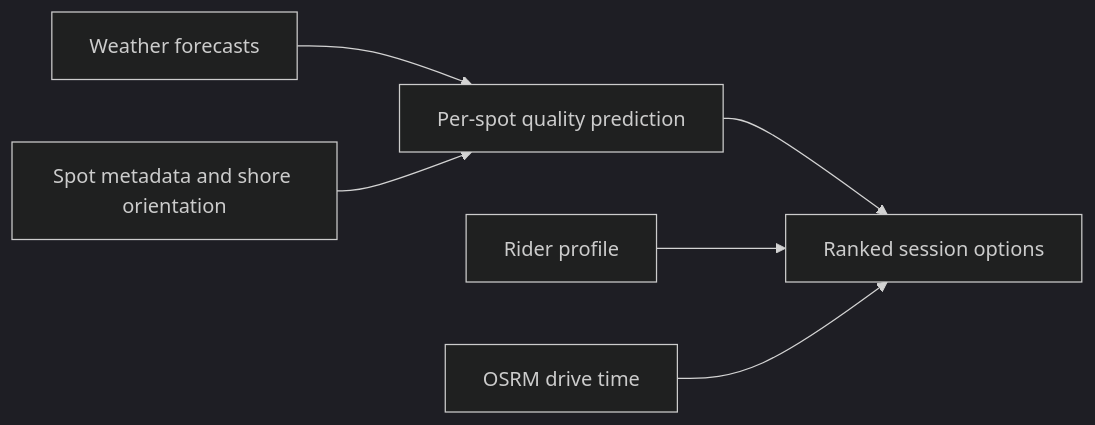
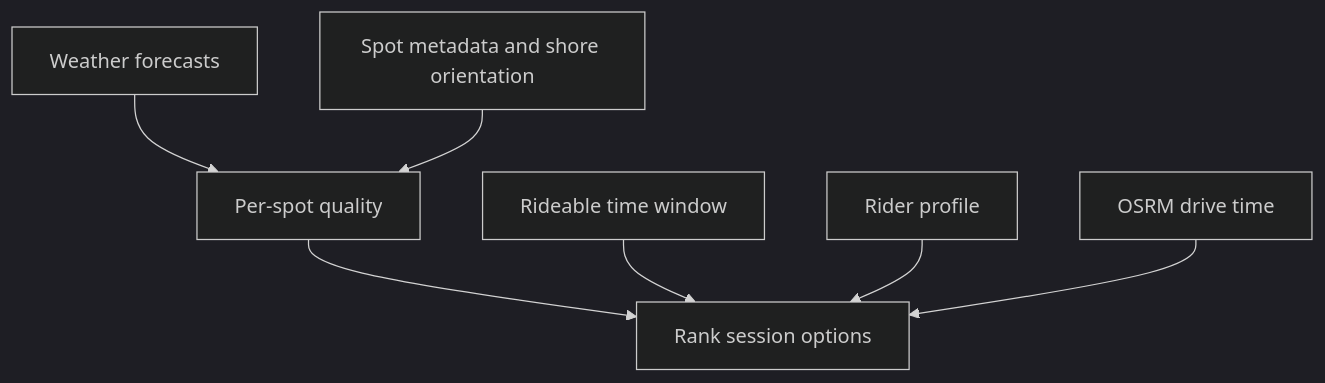
One commit to javihslu/foehncast changed the diagram in docs/site/system/use-case.md. Above: the diagram before and after it, drawn with Mermaid (dark theme). The commit also changed other lines of this file and 22 other files, not shown here.

Commit message:
docs(site): simplify Mermaid diagrams

```diff
--- a/docs/site/system/use-case.md
+++ b/docs/site/system/use-case.md
@@ -33,8 +9,9 @@
 <div class="mermaid">
-flowchart LR
-    WX[Weather forecasts] --> QUAL[Per-spot quality prediction]
-    SPOT[Spot metadata and shore orientation] --> QUAL
-    QUAL --> RANK[Ranked session options]
-    RIDER[Rider profile] --> RANK
-    DRIVE[OSRM drive time] --> RANK
+flowchart TD
+        WX[Weather forecasts] --> QUAL[Per-spot quality]
+        SPOT[Spot metadata and shore orientation] --> QUAL
+        QUAL --> RANK[Rank session options]
+        WINDOW[Rideable time window] --> RANK
+        RIDER[Rider profile] --> RANK
+        DRIVE[OSRM drive time] --> RANK
 </div>
```
